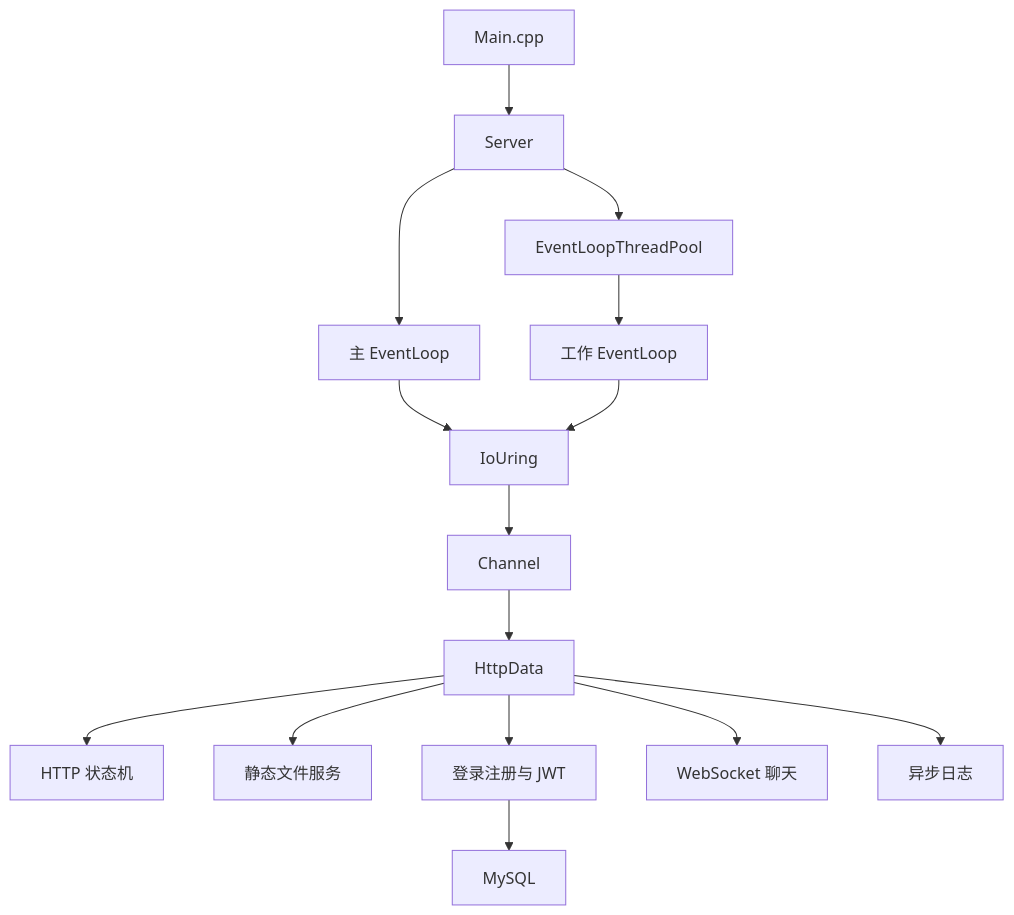
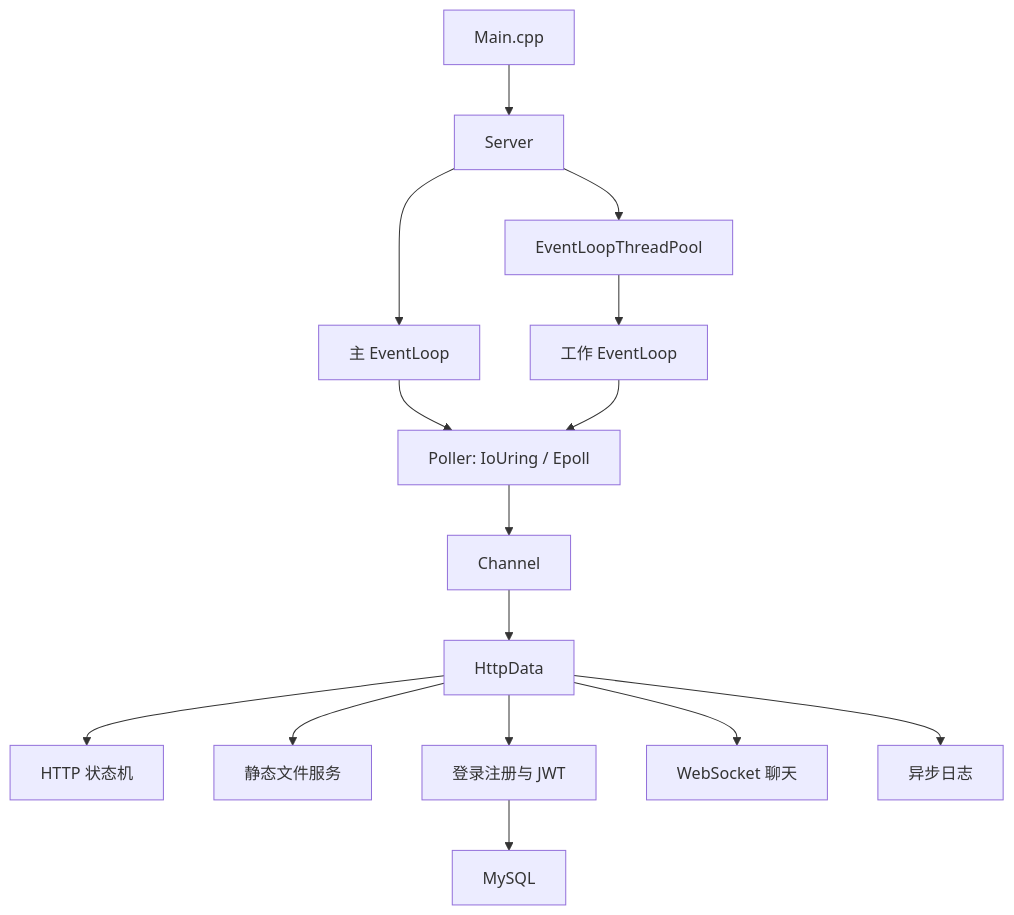
One commit to hhhwyg/httpServer changed the diagram in README.md. Above: the diagram before and after it, drawn with Mermaid. The commit also changed other lines of this file and 23 other files, not shown here.

````diff
--- a/README.md
+++ b/README.md
@@ -24,17 +24,17 @@
 ```mermaid
 flowchart TD
     Main[Main.cpp] --> Server[Server]
     Server --> Pool[EventLoopThreadPool]
     Server --> MainLoop[主 EventLoop]
     Pool --> WorkerLoop[工作 EventLoop]
-    MainLoop --> Poller[IoUring]
+    MainLoop --> Poller[Poller: IoUring / Epoll]
     WorkerLoop --> Poller
     Poller --> Channel[Channel]
     Channel --> HttpData[HttpData]
     HttpData --> HTTP[HTTP 状态机]
     HttpData --> Static[静态文件服务]
     HttpData --> Auth[登录注册与 JWT]
     HttpData --> WS[WebSocket 聊天]
     Auth --> MySQL[MySQL]
     HttpData --> Logging[异步日志]
 ```
````
